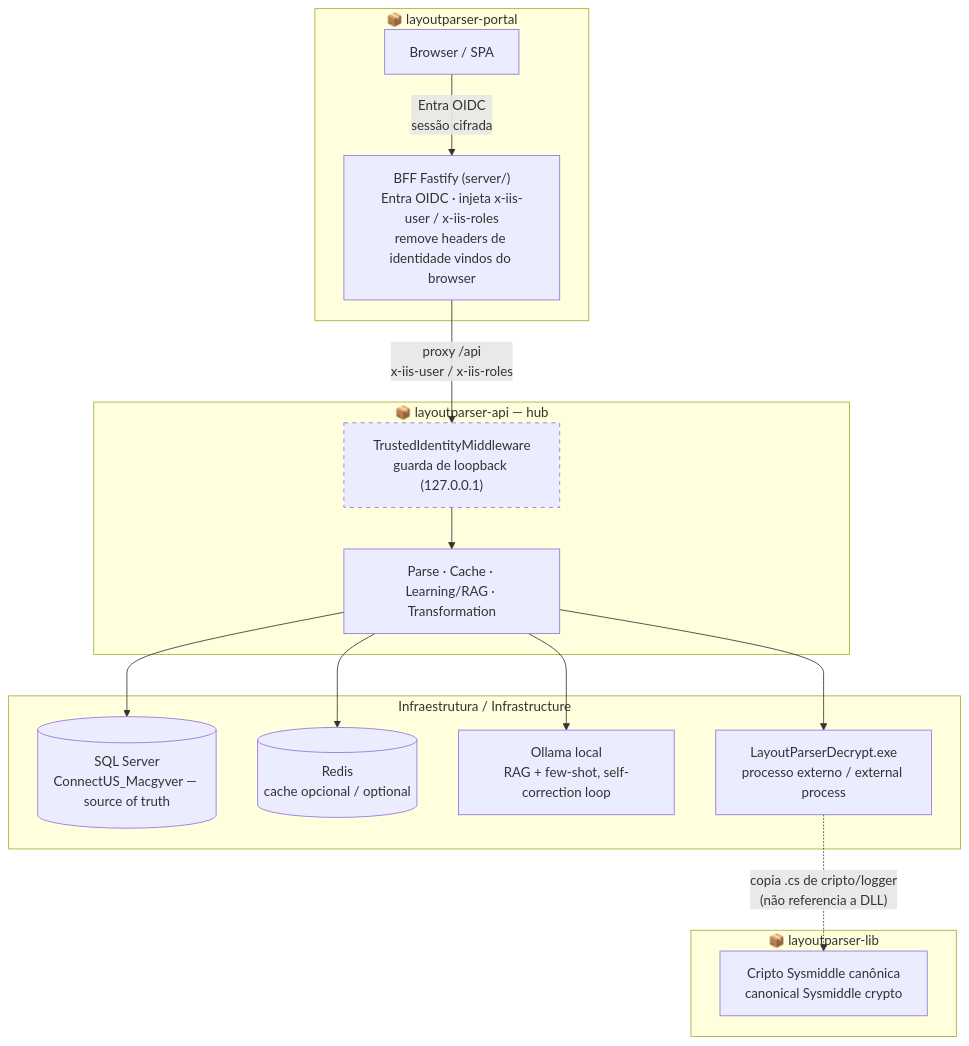
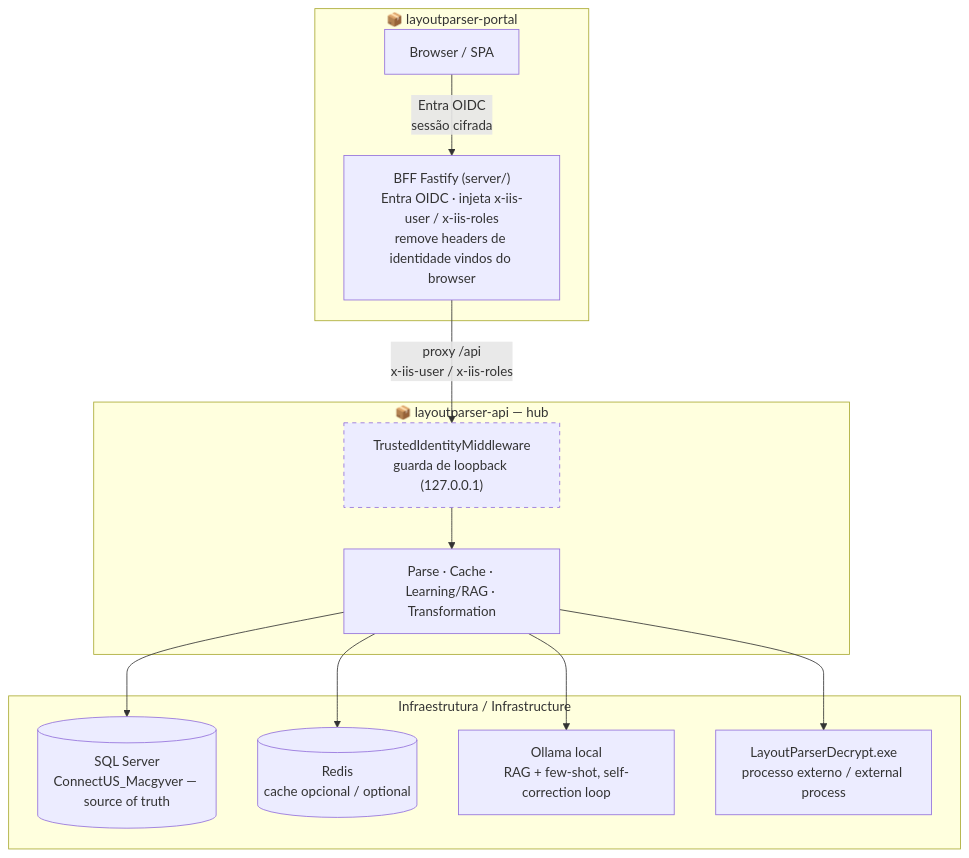
One commit to LayoutParser/layoutparser-api changed the diagram in docs/organizacao/README-org-LayoutParser.md. Above: the diagram before and after it, drawn with Mermaid. The commit also changed other lines of this file and 15 other files, not shown here.

Commit message:
docs: remove mencoes a LayoutParserLib (arquivada); criptografia vive no layoutparser-decrypt

````diff
--- a/docs/organizacao/README-org-LayoutParser.md
+++ b/docs/organizacao/README-org-LayoutParser.md
@@ -85,35 +85,30 @@
 ```mermaid
 flowchart TB
     subgraph React["📦 layoutparser-portal"]
         Browser["Browser / SPA"]
         BFF["BFF Fastify (server/)<br/>Entra OIDC · injeta x-iis-user / x-iis-roles<br/>remove headers de identidade vindos do browser"]
     end
 
     subgraph Api["📦 layoutparser-api — hub"]
         MW["TrustedIdentityMiddleware<br/>guarda de loopback (127.0.0.1)"]
         Core["Parse · Cache · Learning/RAG · Transformation"]
     end
 
     subgraph Infra["Infraestrutura / Infrastructure"]
         SQL[("SQL Server<br/>ConnectUS_Macgyver — source of truth")]
         Redis[("Redis<br/>cache opcional / optional")]
         Ollama["Ollama local<br/>RAG + few-shot, self-correction loop"]
         DecryptExe["LayoutParserDecrypt.exe<br/>processo externo / external process"]
     end
 
-    subgraph Lib["📦 layoutparser-lib"]
-        Crypto["Cripto Sysmiddle canônica<br/>canonical Sysmiddle crypto"]
-    end
-
     Browser -->|"Entra OIDC<br/>sessão cifrada"| BFF
     BFF -->|"proxy /api<br/>x-iis-user / x-iis-roles"| MW
     MW --> Core
     Core --> SQL
     Core --> Redis
     Core --> Ollama
     Core --> DecryptExe
-    DecryptExe -. "copia .cs de cripto/logger<br/>(não referencia a DLL)" .-> Crypto
 
     classDef pending stroke-dasharray: 5 5
     class MW pending
 ```
````
